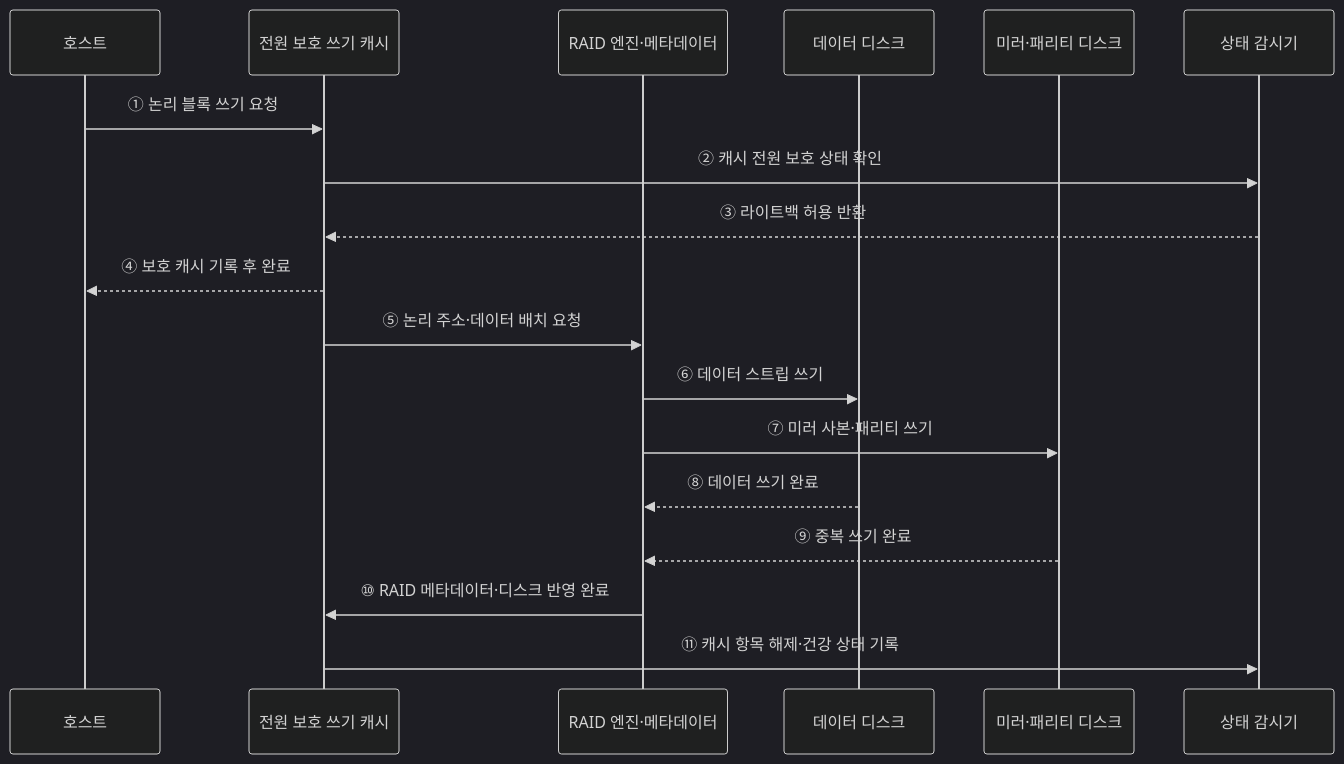
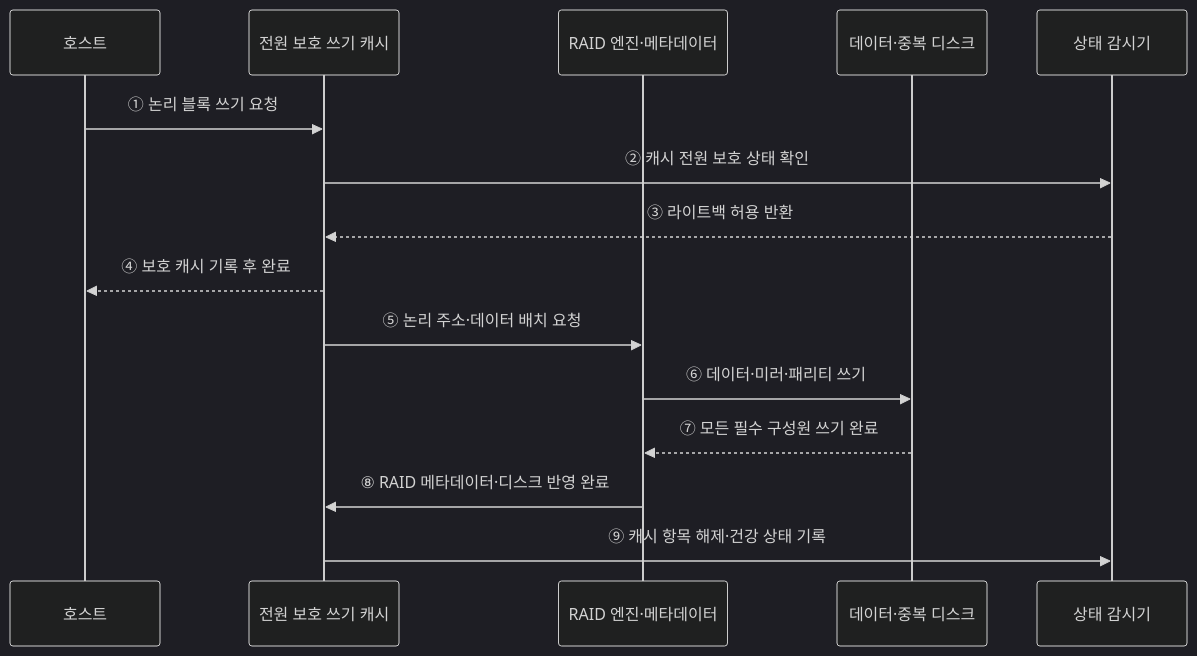
Before and after one commit to agnusdei1207/knowledge-base: the second of 2 diagrams in src/content/docs/notes/02-hardware/092_raid_controller_jbod.md, drawn with Mermaid (dark theme). The commit also changed other lines of this file and 14 other files, not shown here.

````diff
--- a/src/content/docs/notes/02-hardware/092_raid_controller_jbod.md
+++ b/src/content/docs/notes/02-hardware/092_raid_controller_jbod.md
@@ -104,21 +93,18 @@
 ```mermaid
 sequenceDiagram
     participant H as 호스트
     participant C as 전원 보호 쓰기 캐시
     participant E as RAID 엔진·메타데이터
-    participant D1 as 데이터 디스크
-    participant D2 as 미러·패리티 디스크
+    participant D as 데이터·중복 디스크
     participant M as 상태 감시기
 
     H->>C: ① 논리 블록 쓰기 요청
     C->>M: ② 캐시 전원 보호 상태 확인
     M-->>C: ③ 라이트백 허용 반환
     C-->>H: ④ 보호 캐시 기록 후 완료
     C->>E: ⑤ 논리 주소·데이터 배치 요청
-    E->>D1: ⑥ 데이터 스트립 쓰기
-    E->>D2: ⑦ 미러 사본·패리티 쓰기
-    D1-->>E: ⑧ 데이터 쓰기 완료
-    D2-->>E: ⑨ 중복 쓰기 완료
-    E->>C: ⑩ RAID 메타데이터·디스크 반영 완료
-    C->>M: ⑪ 캐시 항목 해제·건강 상태 기록
+    E->>D: ⑥ 데이터·미러·패리티 쓰기
+    D-->>E: ⑦ 모든 필수 구성원 쓰기 완료
+    E->>C: ⑧ RAID 메타데이터·디스크 반영 완료
+    C->>M: ⑨ 캐시 항목 해제·건강 상태 기록
 ```
````
